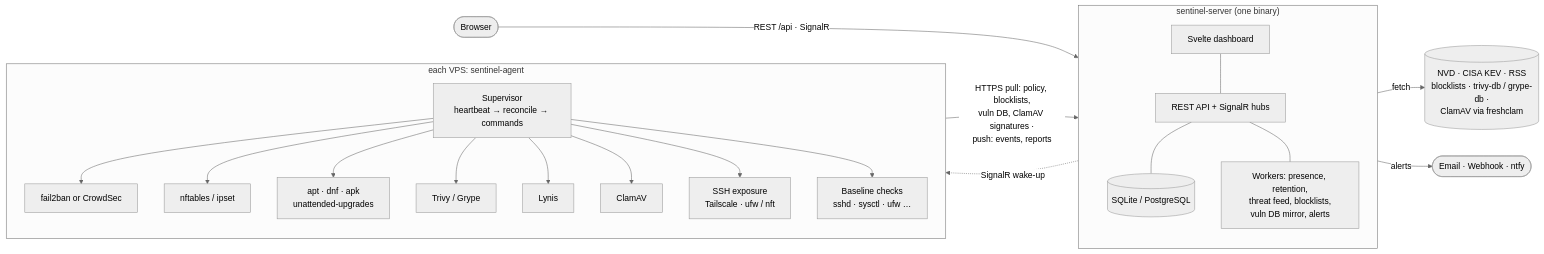
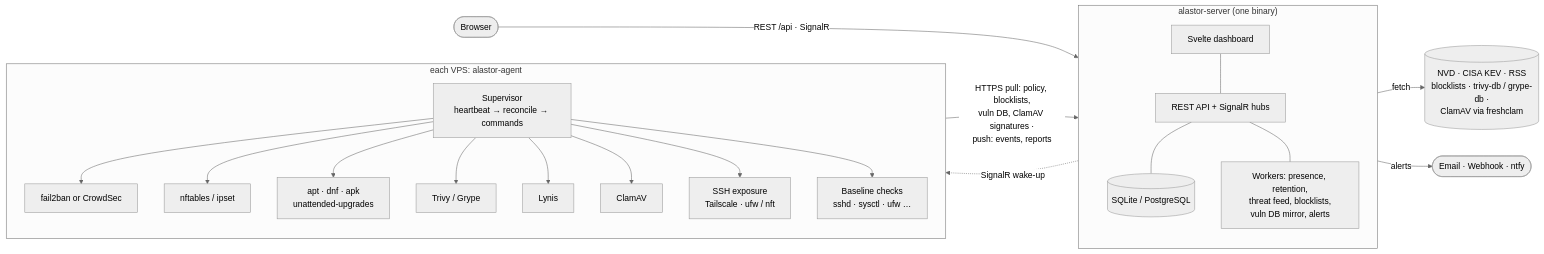
The first of 3 diagrams in README.md (nor0x/Alastor), drawn with Mermaid (neutral theme) before and after one commit. The commit also changed other lines of this file and 534 other files, not shown here.

First line of the commit message:
Rename project from SentinelVPS to Alastor

````diff
--- a/README.md
+++ b/README.md
@@ -33,29 +33,29 @@
 ```mermaid
 flowchart LR
     browser([Browser]) -- "REST /api · SignalR" --> server
 
-    subgraph server["sentinel-server (one binary)"]
+    subgraph server["alastor-server (one binary)"]
         direction TB
         spa[Svelte dashboard] --- api[REST API + SignalR hubs]
         api --- db[(SQLite / PostgreSQL)]
         api --- workers[Workers: presence, retention,<br/>threat feed, blocklists,<br/>vuln DB mirror, alerts]
     end
 
-    subgraph host["each VPS: sentinel-agent"]
+    subgraph host["each VPS: alastor-agent"]
         direction TB
         sup[Supervisor<br/>heartbeat → reconcile → commands]
         sup --> f2b[fail2ban or CrowdSec]
         sup --> nft[nftables / ipset]
         sup --> pkg[apt · dnf · apk<br/>unattended-upgrades]
         sup --> scan[Trivy / Grype]
         sup --> lynis[Lynis]
         sup --> clam[ClamAV]
         sup --> net[SSH exposure<br/>Tailscale · ufw / nft]
         sup --> base[Baseline checks<br/>sshd · sysctl · ufw …]
     end
 
     host -- "HTTPS pull: policy, blocklists,<br/>vuln DB, ClamAV signatures ·<br/>push: events, reports" --> server
     server -. "SignalR wake-up" .-> host
     workers -- fetch --> internet[(NVD · CISA KEV · RSS<br/>blocklists · trivy-db / grype-db ·<br/>ClamAV via freshclam)]
     workers -- alerts --> channels([Email · Webhook · ntfy])
 ```
````
